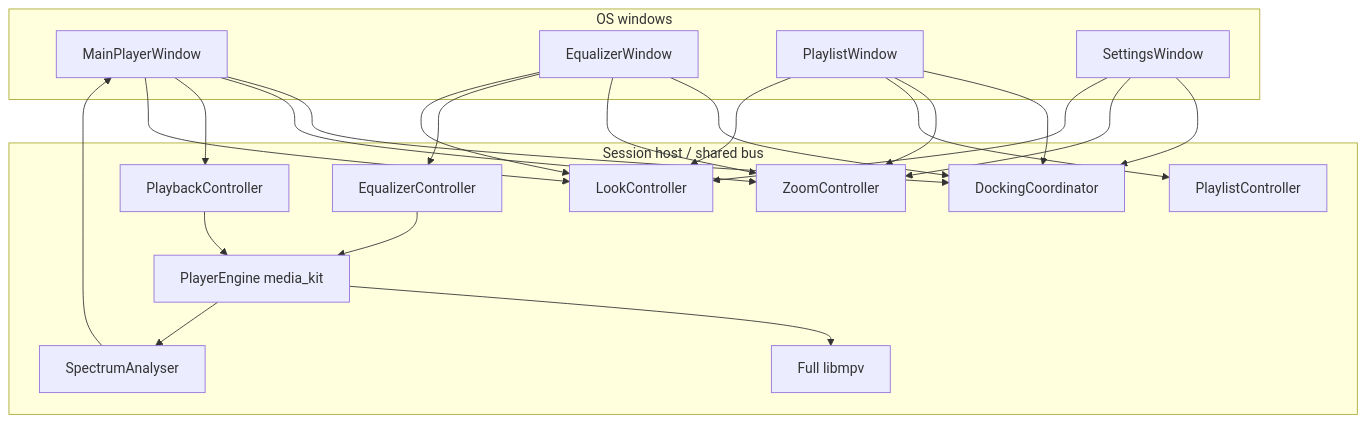
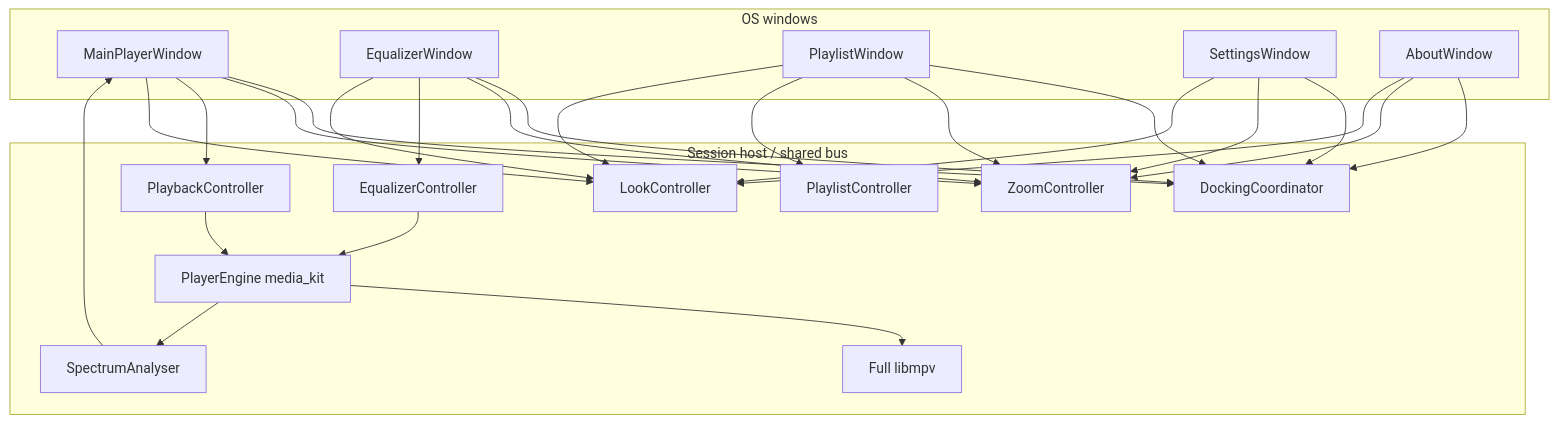
One commit to eliranbenishai/aoide changed the diagram in docs/architecture.md. Above: the diagram before and after it, drawn with Mermaid. The commit also changed other lines of this file and 17 other files, not shown here.

First line of the commit message:
Open About as a freestanding secondary window.

````diff
--- a/docs/architecture.md
+++ b/docs/architecture.md
@@ -25,40 +25,44 @@
 ```mermaid
 flowchart TB
   subgraph windows [OS windows]
     Main[MainPlayerWindow]
     Eq[EqualizerWindow]
     Pl[PlaylistWindow]
     Set[SettingsWindow]
+    About[AboutWindow]
   end
   subgraph session [Session host / shared bus]
     Dock[DockingCoordinator]
     Zoom[ZoomController]
     Play[PlaybackController]
     List[PlaylistController]
     EqCtl[EqualizerController]
     Look[LookController]
     Eng[PlayerEngine media_kit]
     Mpv[Full libmpv]
     Spec[SpectrumAnalyser]
   end
   Main --> Dock
   Eq --> Dock
   Pl --> Dock
   Set --> Dock
+  About --> Dock
   Main --> Zoom
   Eq --> Zoom
   Pl --> Zoom
   Set --> Zoom
+  About --> Zoom
   Main --> Play
   Pl --> List
   Eq --> EqCtl
   Main --> Look
   Eq --> Look
   Pl --> Look
   Set --> Look
+  About --> Look
   Play --> Eng
   EqCtl --> Eng
   Eng --> Mpv
   Spec --> Main
   Eng --> Spec
 ```
````
